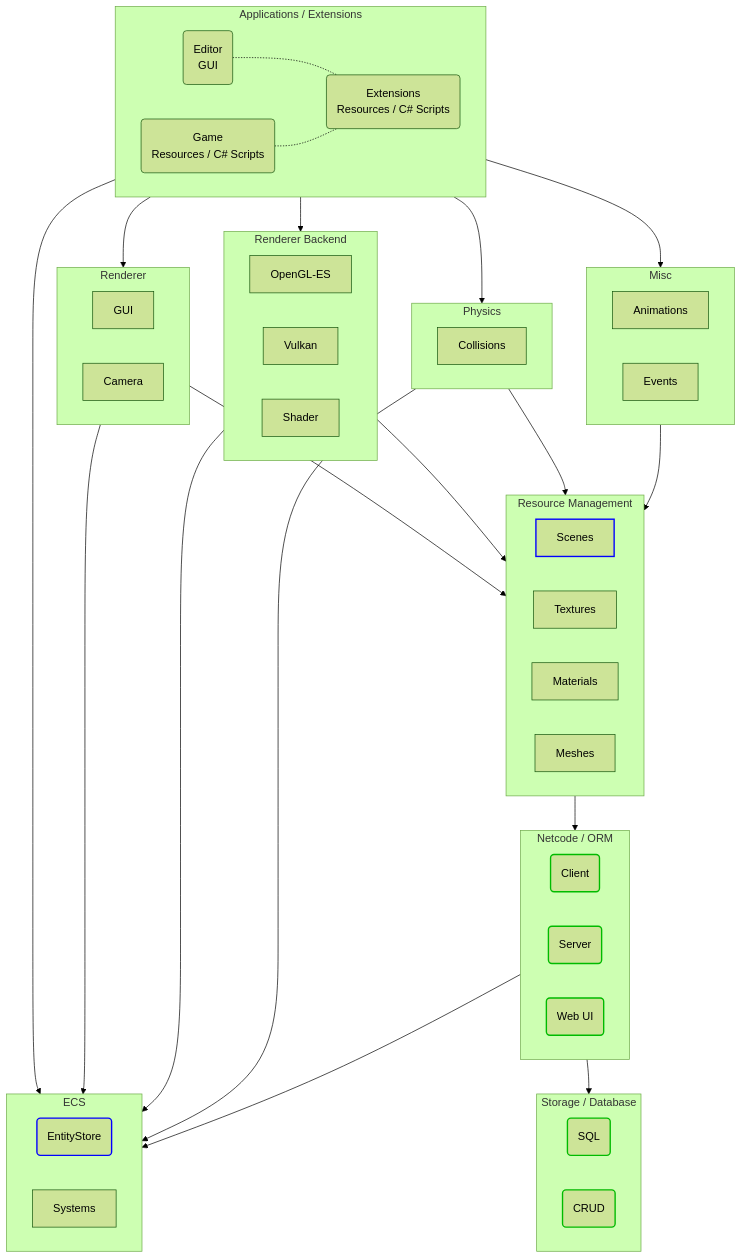
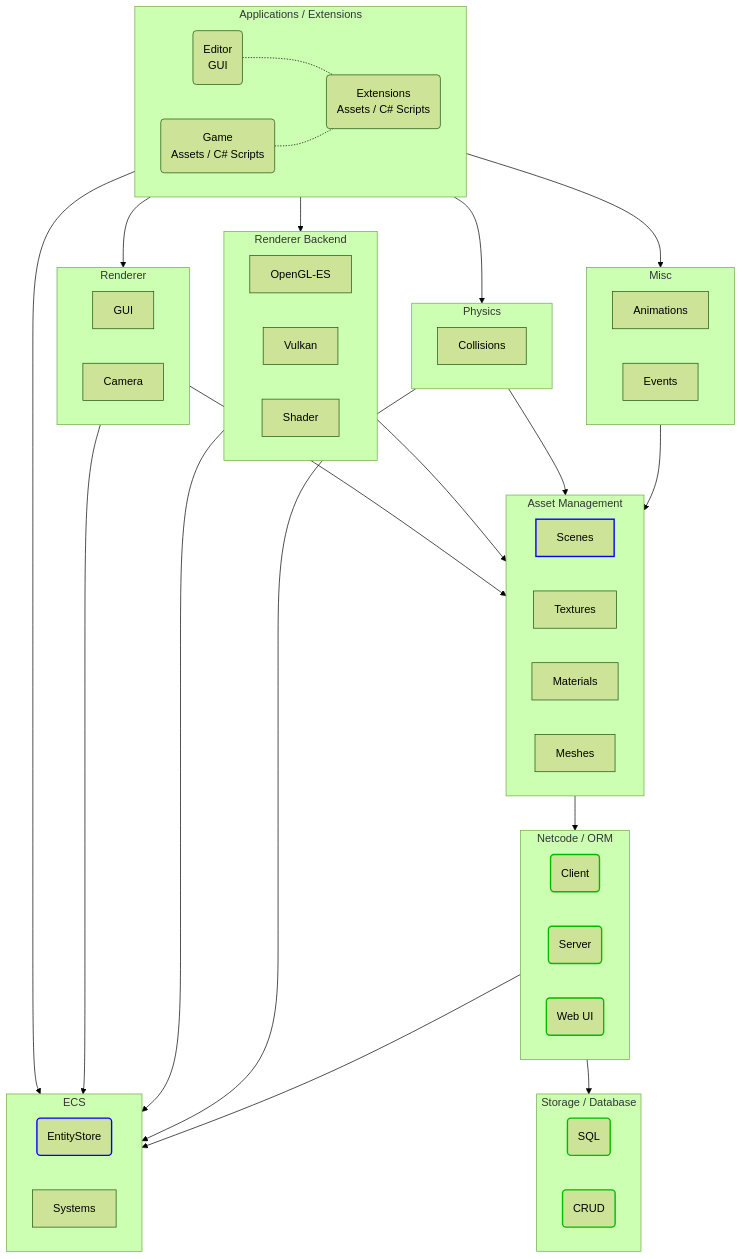
Before and after one commit to friflo/Friflo.Json.Fliox: the first of 3 diagrams in Engine/README.md, drawn with Mermaid (forest theme).

Commit message:
Engine - update architecture diagram

````diff
--- a/Engine/README.md
+++ b/Engine/README.md
@@ -26,78 +26,78 @@
 ```mermaid
   graph TD;
     classDef finished       stroke:#0b0,stroke-width:2px;
     classDef implemented    stroke:#00f,stroke-width:2px;
 
     subgraph Applications[Applications / Extensions];
         Editor(Editor<br/>GUI);
-        Game(Game<br/>Resources / C# Scripts);
-        Extensions(Extensions<br/>Resources / C# Scripts);
+        Game(Game<br/>Assets / C# Scripts);
+        Extensions(Extensions<br/>Assets / C# Scripts);
     end
 
     Editor  -.-Extensions;
     Game    -.-Extensions;
 
     subgraph Renderer;
         GUI
         Camera
     end
 
     subgraph Backend[Renderer Backend];
         OpenGL-ES
         Vulkan
         Shader
     end
 
     subgraph Physics;
         Collisions
     end
     
     subgraph Misc;
         Animations
         Events
     end
 
-    subgraph Resource[Resource Management];
+    subgraph Assets[Asset Management];
         Scenes:::implemented
         Textures
         Materials
         Meshes
         Animations
     end
 
     subgraph Netcode[Netcode / ORM];
         Client(Client):::finished
         Server(Server):::finished
         WebUI(Web UI):::finished
     end
 
     subgraph Storage[Storage / Database];
         SQL(SQL):::finished
         CRUD(CRUD):::finished
     end
 
     subgraph ECS;
         EntityStore(EntityStore):::implemented
         Systems
     end
 
     Applications    -->Renderer
     Applications    -->Backend
     Applications    -->Physics
     Applications    -->Misc
     Applications    -->ECS
 
-    Resource    -->Netcode
+    Assets      -->Netcode
 
-    Renderer    -->Resource
-    Backend     -->Resource
-    Physics     -->Resource
-    Misc        -->Resource
+    Renderer    -->Assets
+    Backend     -->Assets
+    Physics     -->Assets
+    Misc        -->Assets
 
     Renderer    -->ECS
     Backend     -->ECS
     Physics     -->ECS
     Netcode     -->ECS
 
     Netcode     -->Storage
 ```
````
